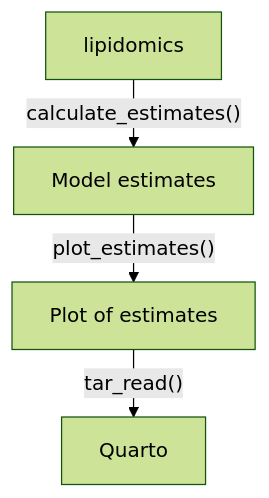
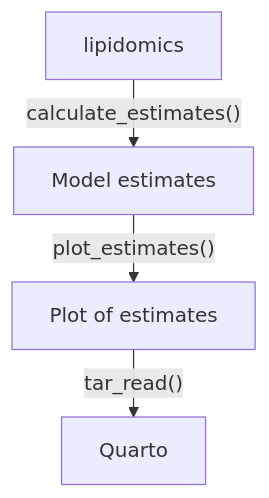
The third of 4 diagrams in sessions/stats-analyses-basic.qmd (rostools/r-cubed-advanced), drawn with Mermaid before and after one commit. The commit also changed other lines of this file and 1 other file, not shown here.

Commit message:
don't need these mermaid themes anymore

````diff
--- a/sessions/stats-analyses-basic.qmd
+++ b/sessions/stats-analyses-basic.qmd
@@ -247,13 +247,13 @@
 ```{mermaid fig-model-possible-targets}
 %%| label: fig-model-possible-targets
 %%| fig-cap: Potential inputs, outputs, and functions for the targets pipeline.
 %%| echo: false
 %%| eval: true
-%%{init:{'theme':'forest', 'flowchart':{'nodeSpacing': 20, 'rankSpacing': 30}}}%%
+%%{init:{'flowchart':{'nodeSpacing': 20, 'rankSpacing': 30}}}%%
 graph TB
     lipidomics -- "calculate_estimates()" --> model_est[Model estimates]
     model_est -- "plot_estimates()" --> plot_est[Plot of estimates]
     plot_est -- "tar_read()" --> qmd[Quarto]
     
 linkStyle 0,1,2 stroke-width:1px;
 ```
````
